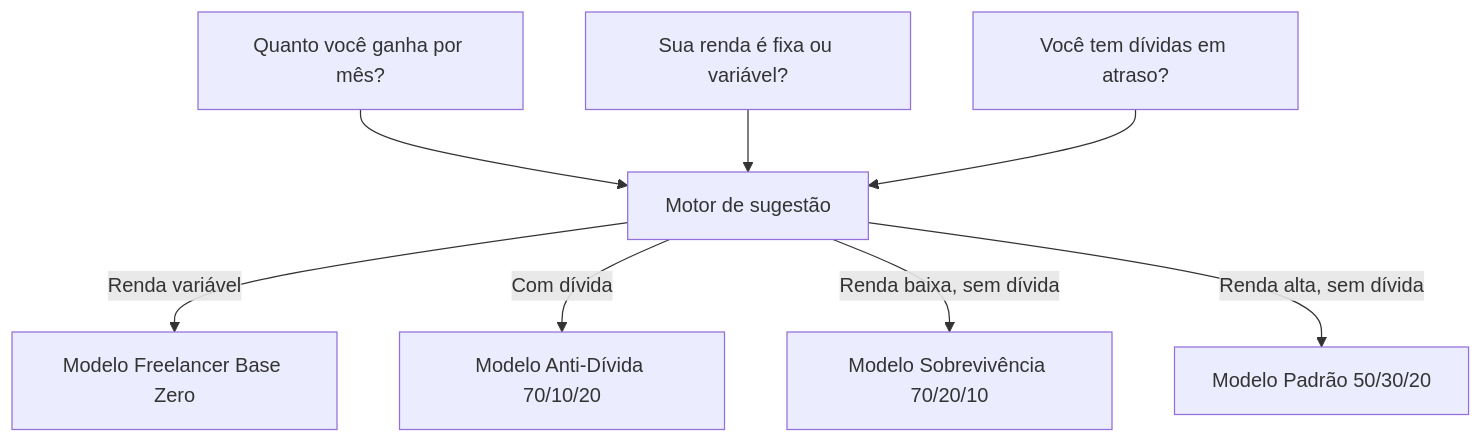
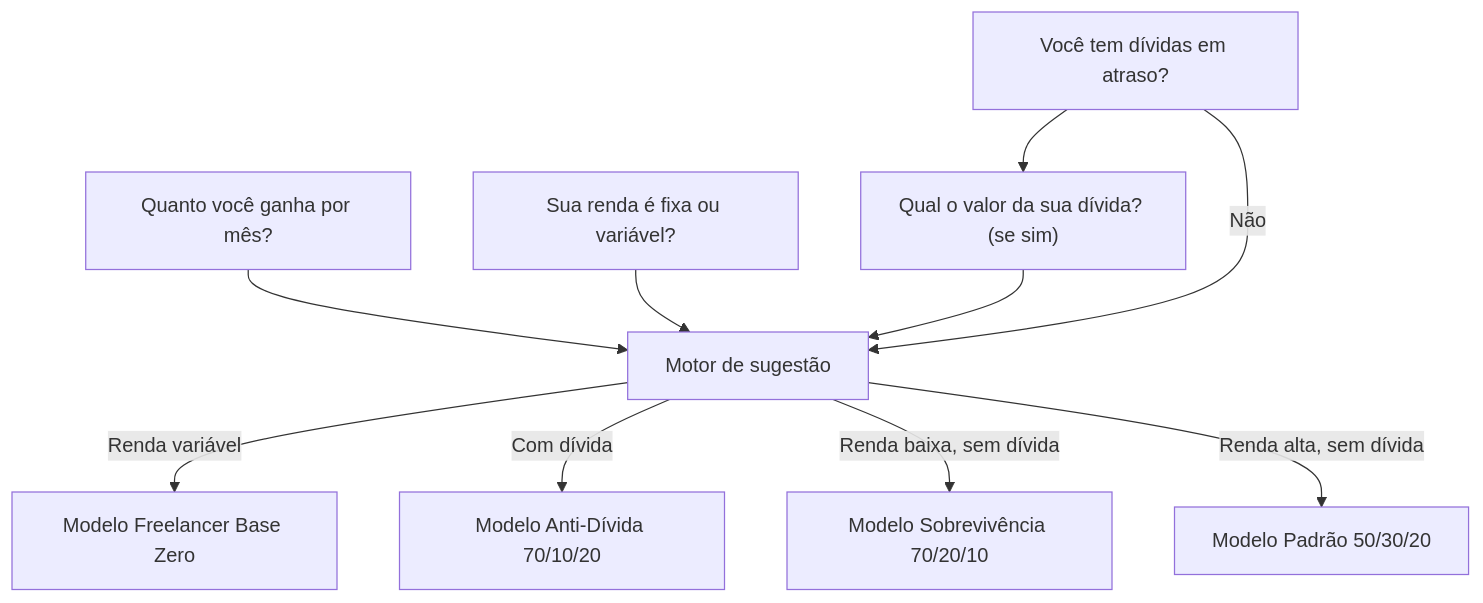
Before and after one commit to luizaleblanc/organiza-ai: the sixth of 6 diagrams in docs/DATA_MODEL.md, drawn with Mermaid. The commit also changed other lines of this file and 5 other files, not shown here.

````diff
--- a/docs/DATA_MODEL.md
+++ b/docs/DATA_MODEL.md
@@ -120,10 +121,12 @@
 ```mermaid
 flowchart TD
     A["Quanto você ganha por mês?"] --> D[Motor de sugestão]
     B["Sua renda é fixa ou variável?"] --> D
-    C["Você tem dívidas em atraso?"] --> D
+    C["Você tem dívidas em atraso?"] --> C2["Qual o valor da sua dívida? (se sim)"]
+    C2 --> D
+    C -->|Não| D
     D -->|Renda variável| E[Modelo Freelancer Base Zero]
     D -->|Com dívida| F[Modelo Anti-Dívida 70/10/20]
     D -->|Renda baixa, sem dívida| G[Modelo Sobrevivência 70/20/10]
     D -->|Renda alta, sem dívida| H[Modelo Padrão 50/30/20]
 ```
````
